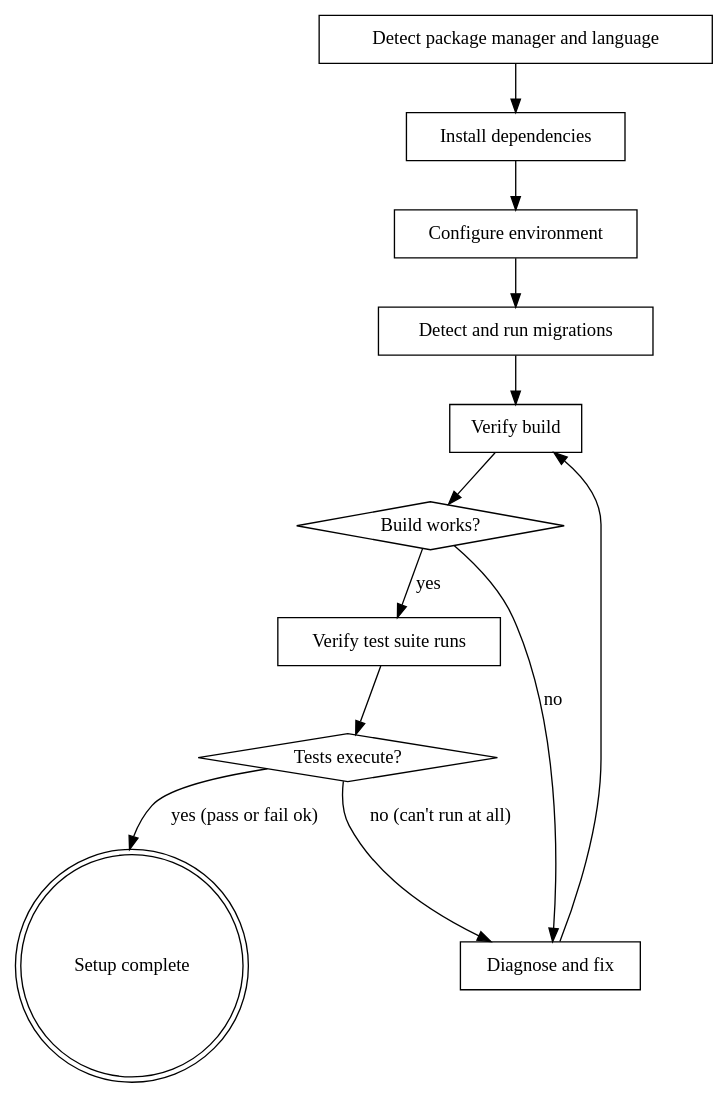
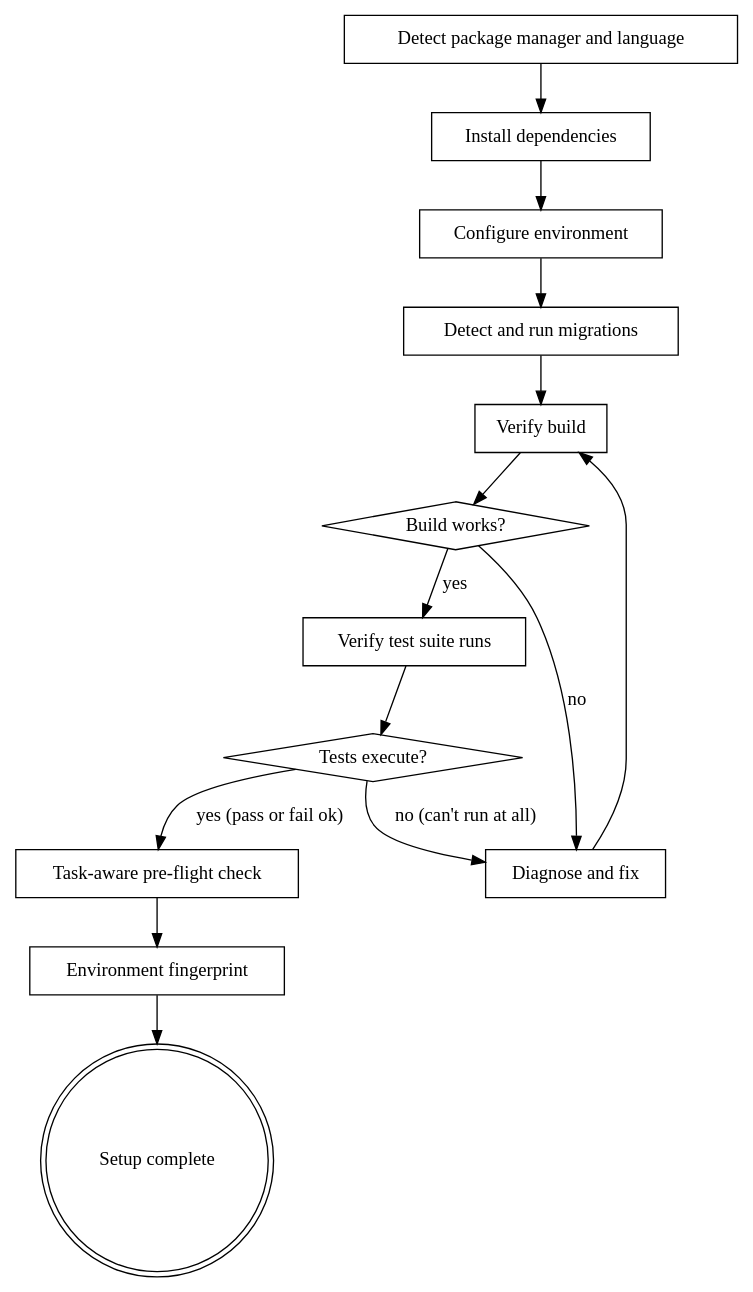
The diagram in skills/auto-setup/SKILL.md (hybriden/shipwright), drawn with Graphviz before and after one commit. The commit also changed other lines of this file and 14 other files, not shown here.

````diff
--- a/skills/auto-setup/SKILL.md
+++ b/skills/auto-setup/SKILL.md
@@ -32,27 +32,31 @@
 ```dot
 digraph auto_setup {
     rankdir=TB;
     "Detect package manager and language" [shape=box];
     "Install dependencies" [shape=box];
     "Configure environment" [shape=box];
     "Detect and run migrations" [shape=box];
     "Verify build" [shape=box];
+    "Build works?" [shape=diamond];
+    "Diagnose and fix" [shape=box];
     "Verify test suite runs" [shape=box];
-    "Build works?" [shape=diamond];
     "Tests execute?" [shape=diamond];
-    "Diagnose and fix" [shape=box];
+    "Task-aware pre-flight check" [shape=box];
+    "Environment fingerprint" [shape=box];
     "Setup complete" [shape=doublecircle];
 
     "Detect package manager and language" -> "Install dependencies";
     "Install dependencies" -> "Configure environment";
     "Configure environment" -> "Detect and run migrations";
     "Detect and run migrations" -> "Verify build";
     "Verify build" -> "Build works?";
     "Build works?" -> "Verify test suite runs" [label="yes"];
     "Build works?" -> "Diagnose and fix" [label="no"];
     "Diagnose and fix" -> "Verify build";
     "Verify test suite runs" -> "Tests execute?";
-    "Tests execute?" -> "Setup complete" [label="yes (pass or fail ok)"];
+    "Tests execute?" -> "Task-aware pre-flight check" [label="yes (pass or fail ok)"];
     "Tests execute?" -> "Diagnose and fix" [label="no (can't run at all)"];
+    "Task-aware pre-flight check" -> "Environment fingerprint";
+    "Environment fingerprint" -> "Setup complete";
 }
 ```
````
